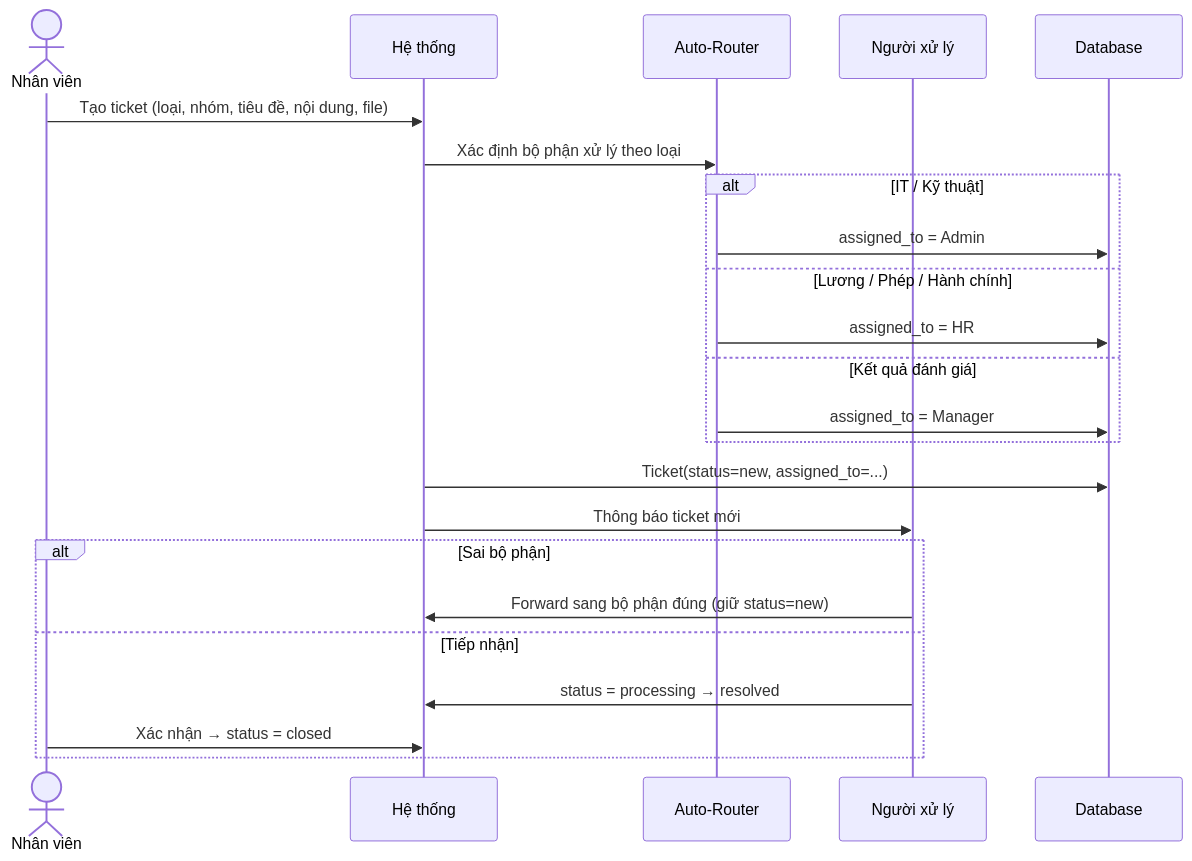
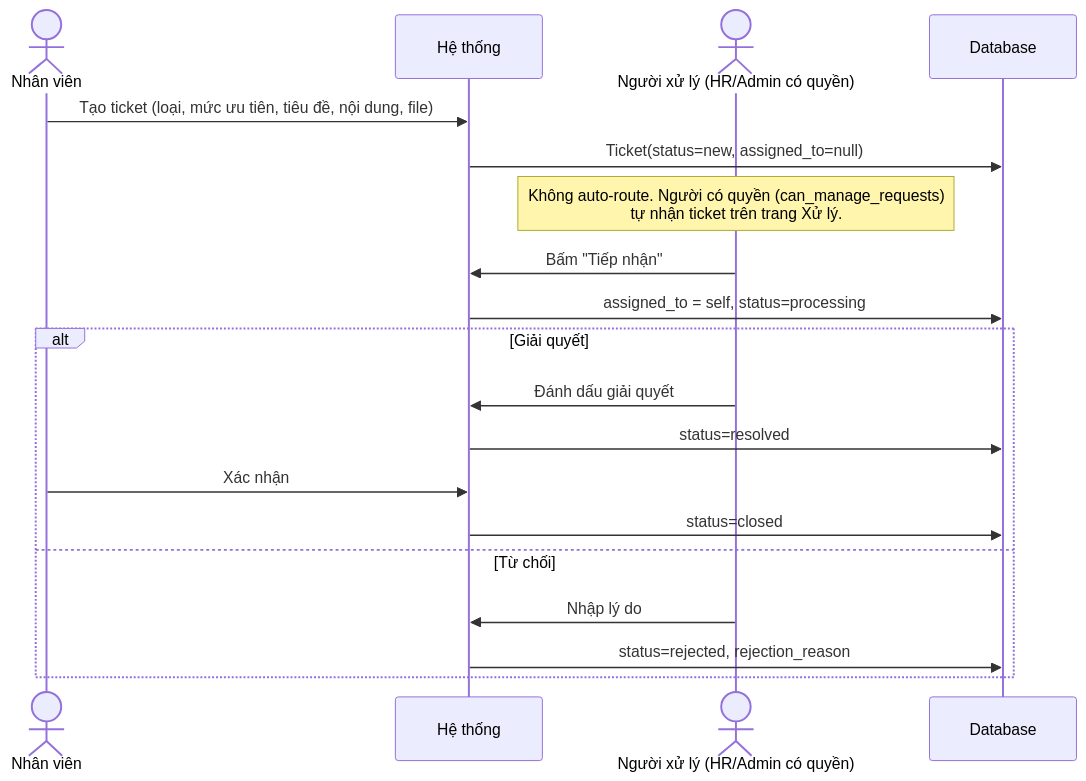
Diagram 13 of 18 in walkthrough.md (hohoangluan/Business_web_project), drawn with Mermaid before and after one commit. The commit also changed other lines of this file and 5 other files, not shown here.

Commit message:
Thêm các file .md diagram

````diff
--- a/walkthrough.md
+++ b/walkthrough.md
@@ -838,29 +833,24 @@
 ```mermaid
 sequenceDiagram
     actor Employee as Nhân viên
     participant System as Hệ thống
-    participant Router as Auto-Router
-    participant Assignee as Người xử lý
+    actor Assignee as Người xử lý (HR/Admin có quyền)
     participant DB as Database
 
-    Employee->>System: Tạo ticket (loại, nhóm, tiêu đề, nội dung, file)
-    System->>Router: Xác định bộ phận xử lý theo loại
+    Employee->>System: Tạo ticket (loại, mức ưu tiên, tiêu đề, nội dung, file)
+    System->>DB: Ticket(status=new, assigned_to=null)
 
-    alt IT / Kỹ thuật
-        Router->>DB: assigned_to = Admin
-    else Lương / Phép / Hành chính
-        Router->>DB: assigned_to = HR
-    else Kết quả đánh giá
-        Router->>DB: assigned_to = Manager
-    end
+    Note over Assignee: Không auto-route. Người có quyền (can_manage_requests)<br/>tự nhận ticket trên trang Xử lý.
+    Assignee->>System: Bấm "Tiếp nhận"
+    System->>DB: assigned_to = self, status=processing
 
-    System->>DB: Ticket(status=new, assigned_to=...)
-    System->>Assignee: Thông báo ticket mới
-
-    alt Sai bộ phận
-        Assignee->>System: Forward sang bộ phận đúng (giữ status=new)
-    else Tiếp nhận
-        Assignee->>System: status = processing → resolved
-        Employee->>System: Xác nhận → status = closed
+    alt Giải quyết
+        Assignee->>System: Đánh dấu giải quyết
+        System->>DB: status=resolved
+        Employee->>System: Xác nhận
+        System->>DB: status=closed
+    else Từ chối
+        Assignee->>System: Nhập lý do
+        System->>DB: status=rejected, rejection_reason
     end
 ```
````
